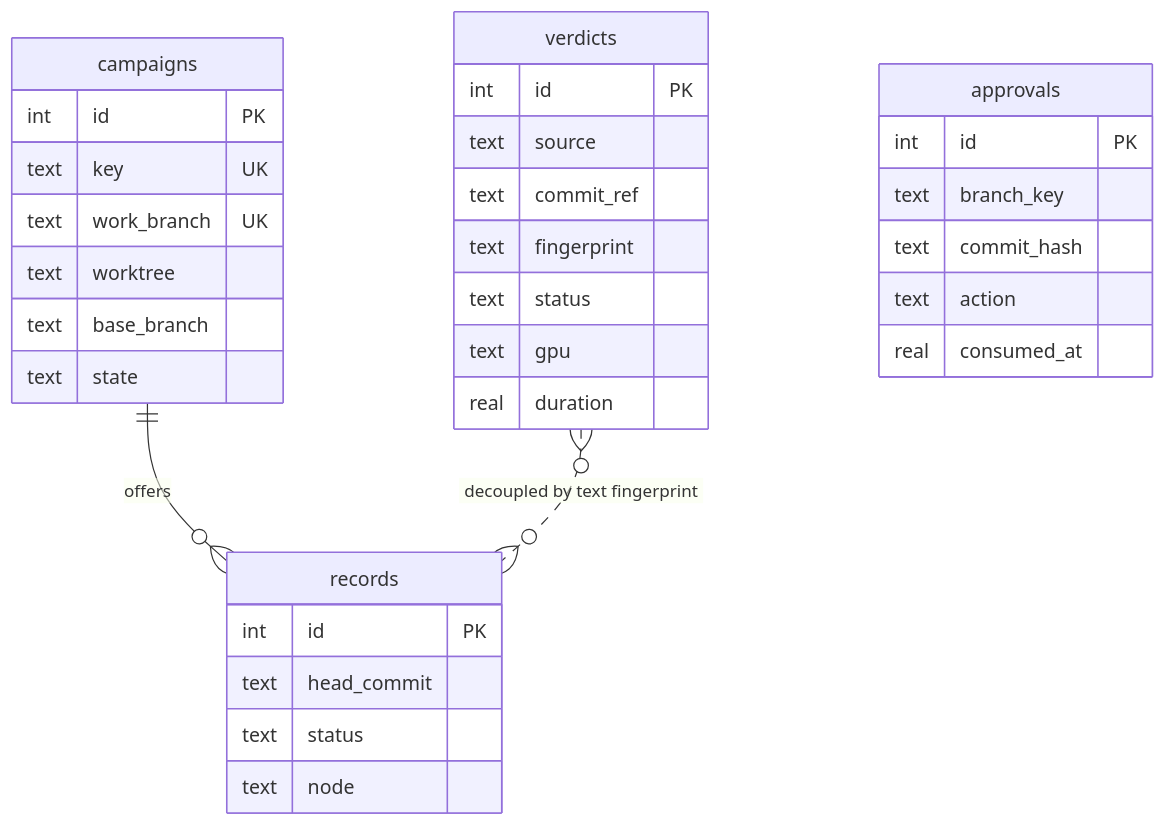
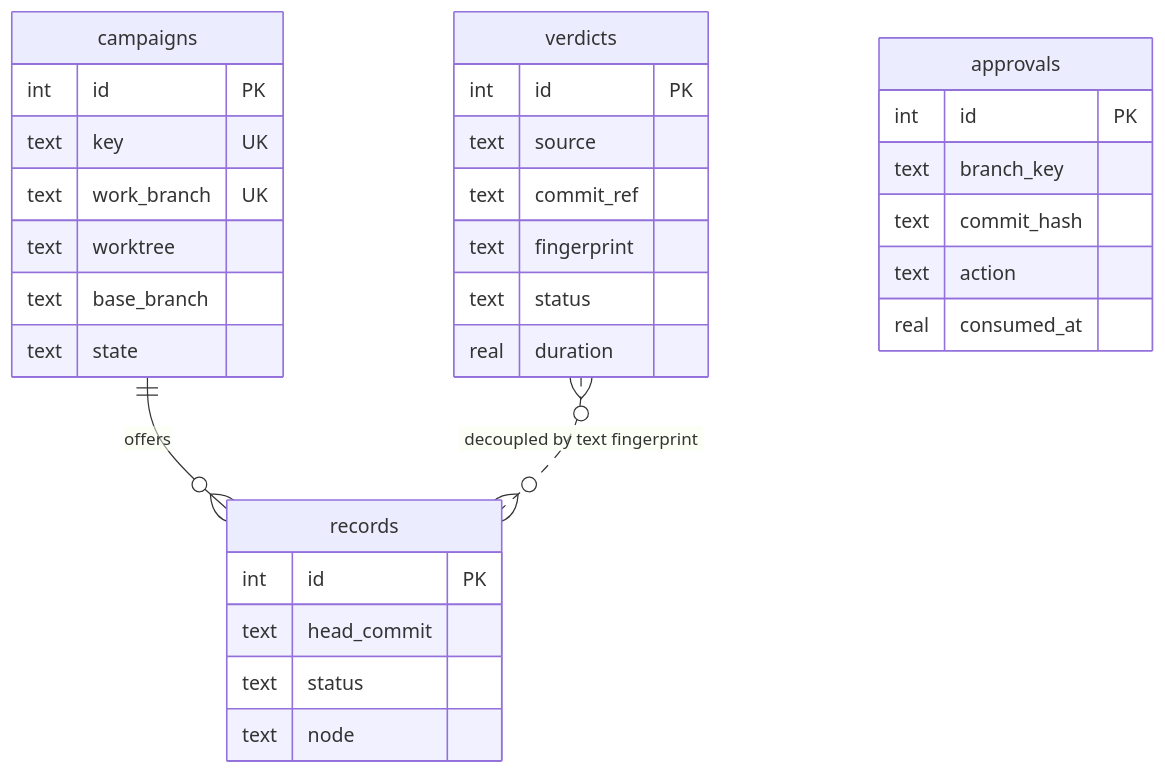
The ninth of 10 diagrams in docs/architecture.md (ming6ao/sliceme), drawn with Mermaid before and after one commit. The commit also changed other lines of this file and 57 other files, not shown here.

````diff
--- a/docs/architecture.md
+++ b/docs/architecture.md
@@ -396,35 +395,34 @@
 ```mermaid
 erDiagram
   campaigns ||--o{ records : "offers"
   verdicts }o..o{ records : "decoupled by text fingerprint"
   approvals {
     int id PK
     text branch_key
     text commit_hash
     text action
     real consumed_at
   }
   campaigns {
     int id PK
     text key UK
     text work_branch UK
     text worktree
     text base_branch
     text state
   }
   records {
     int id PK
     text head_commit
     text status
     text node
   }
   verdicts {
     int id PK
     text source
     text commit_ref
     text fingerprint
     text status
-    text gpu
     real duration
   }
 ```
````
